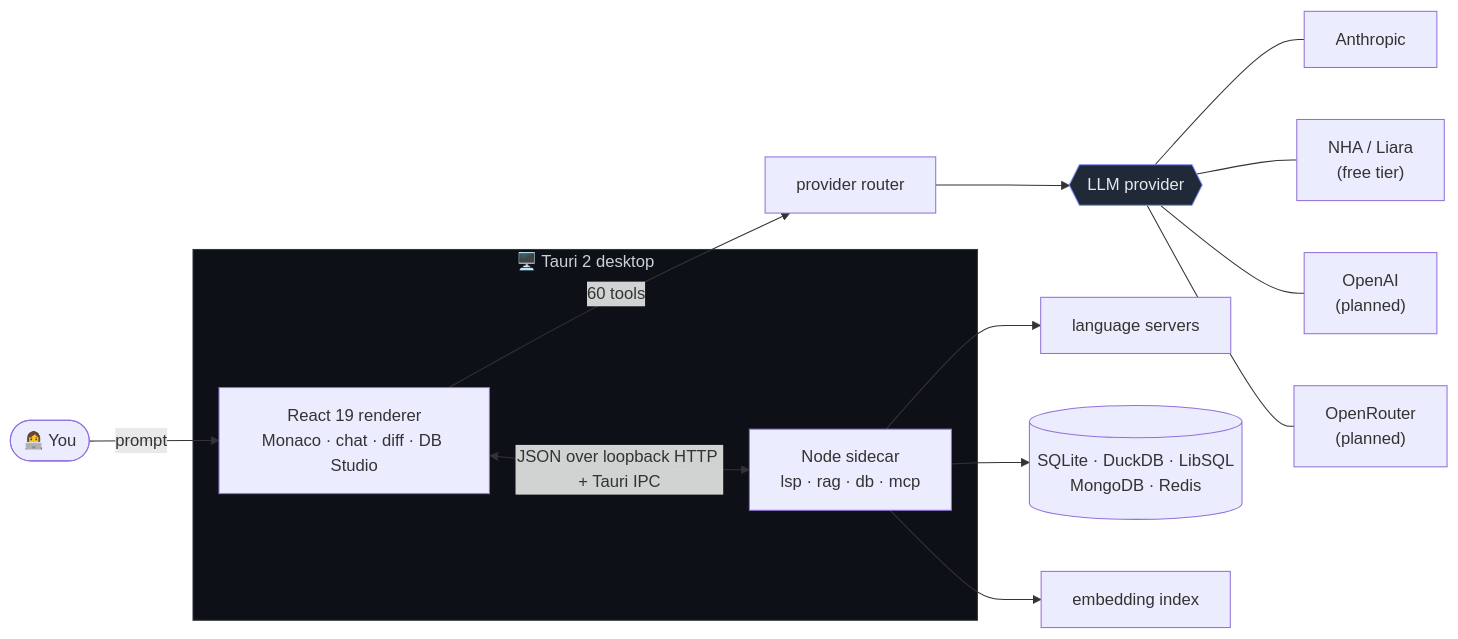
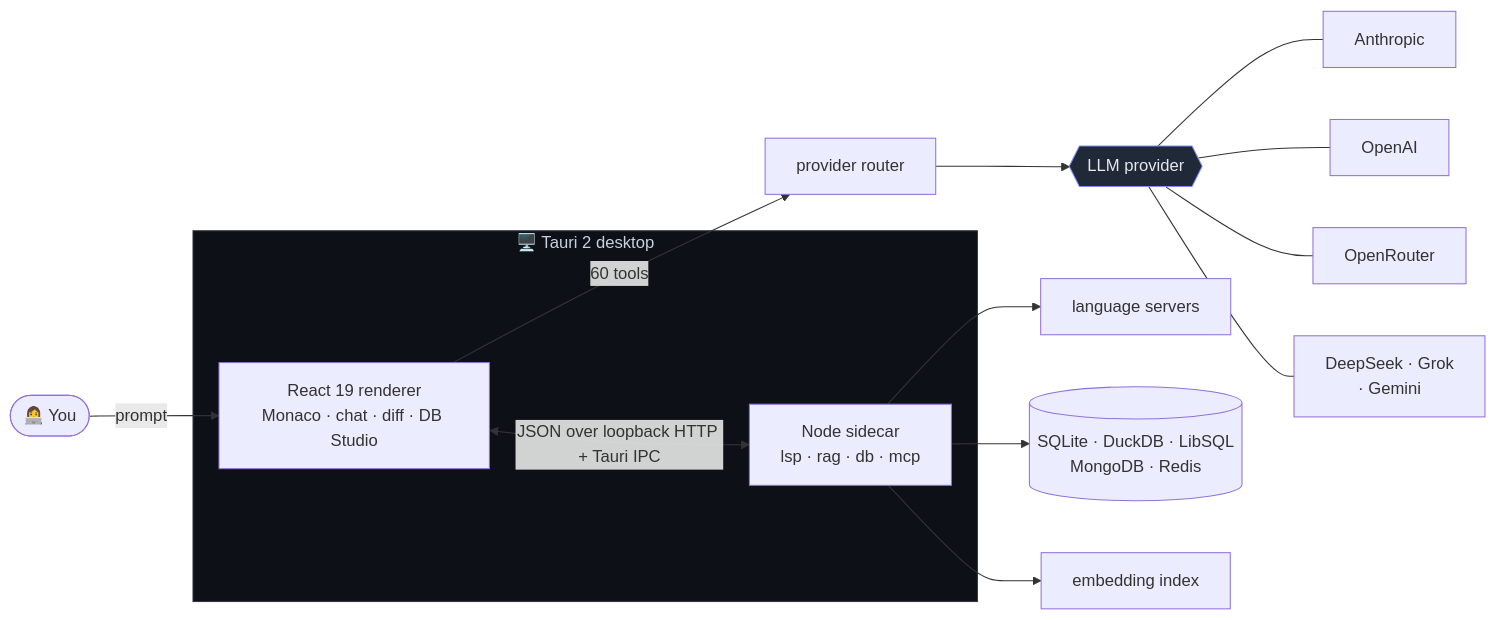
One commit to adoslabsproject-gif/webcraft changed the diagram in README.md. Above: the diagram before and after it, drawn with Mermaid. The commit also changed other lines of this file, not shown here.

Commit message:
docs: README reflects shipped state — 6 providers (no NHA), local whisper dictation

````diff
--- a/README.md
+++ b/README.md
@@ -62,19 +62,19 @@
 ```mermaid
 flowchart LR
     U([👩‍💻 You]) -->|prompt| R
     subgraph DESKTOP["🖥️ Tauri 2 desktop"]
       R["React 19 renderer<br/>Monaco · chat · diff · DB Studio"]
       R <-->|JSON over loopback HTTP + Tauri IPC| S["Node sidecar<br/>lsp · rag · db · mcp"]
     end
     R -->|60 tools| AR["provider router"]
     AR --> P{{"LLM provider"}}
     P --- A["Anthropic"]
-    P --- L["NHA / Liara<br/>(free tier)"]
-    P --- O["OpenAI<br/>(planned)"]
-    P --- OR["OpenRouter<br/>(planned)"]
+    P --- O["OpenAI"]
+    P --- OR["OpenRouter"]
+    P --- M["DeepSeek · Grok<br/>· Gemini"]
     S --> LSP["language servers"]
     S --> DB[("SQLite · DuckDB · LibSQL<br/>MongoDB · Redis")]
     S --> RAG["embedding index"]
     style DESKTOP fill:#0d1117,stroke:#30363d,color:#c9d1d9
     style P fill:#1f2937,stroke:#818cf8,color:#e5e7eb
 ```
````
